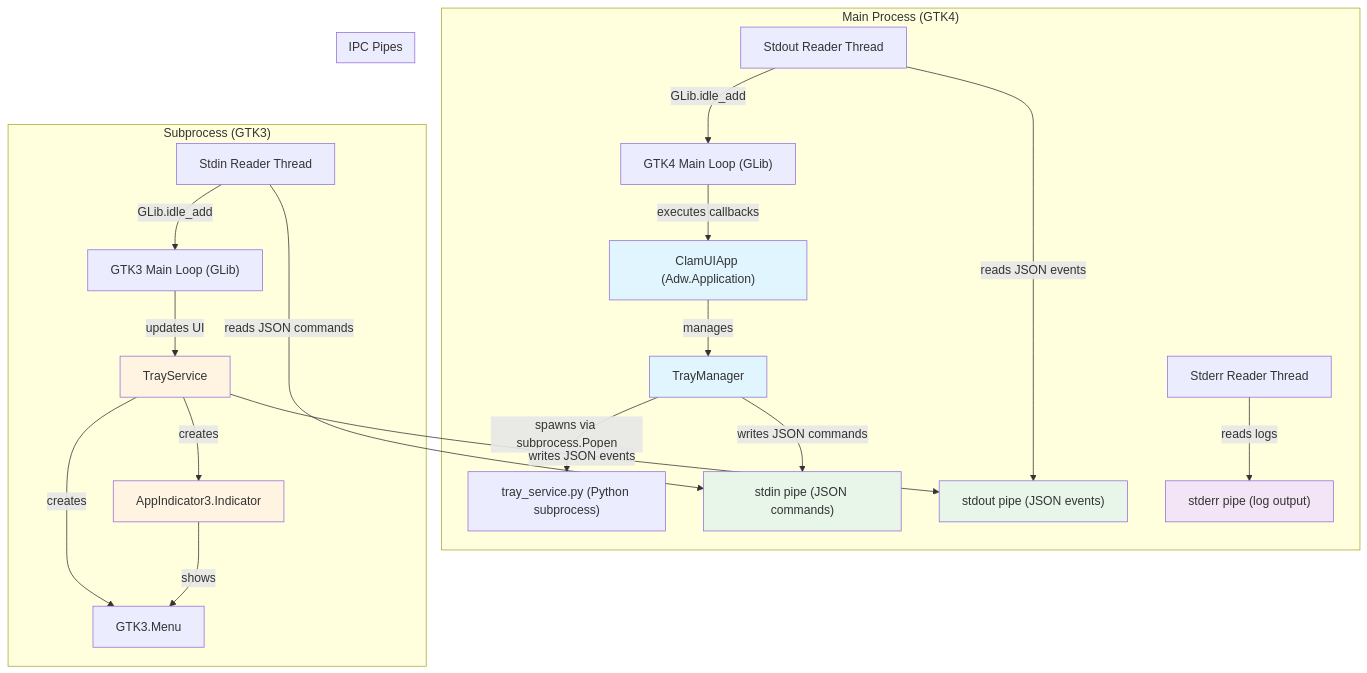
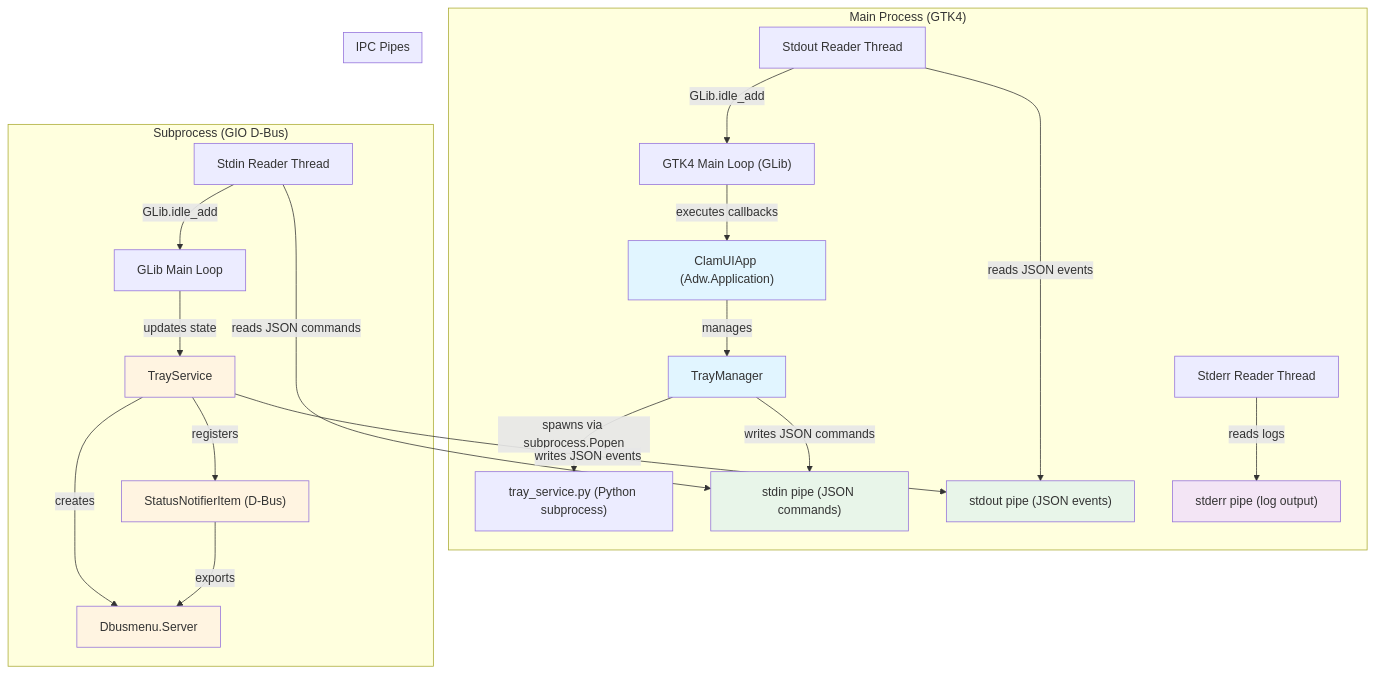
One commit to johnpetersa19/clamui changed the second of 4 diagrams in docs/architecture/tray-subprocess.md. Above: the diagram before and after it, drawn with Mermaid. The commit also changed other lines of this file and 3 other files, not shown here.

First line of the commit message:
Update Flatpak build to use libdbusmenu (GLib) for system tray integration

````diff
--- a/docs/architecture/tray-subprocess.md
+++ b/docs/architecture/tray-subprocess.md
@@ -61,50 +63,51 @@
 ```mermaid
 graph TB
     subgraph MainProc["Main Process (GTK4)"]
         App["ClamUIApp (Adw.Application)"]
         TrayMgr["TrayManager"]
         StdoutReader["Stdout Reader Thread"]
         StderrReader["Stderr Reader Thread"]
         MainLoop["GTK4 Main Loop (GLib)"]
 
         App -->|manages| TrayMgr
         TrayMgr -->|spawns via subprocess.Popen| Subprocess
         TrayMgr -->|writes JSON commands| StdinPipe
         StdoutReader -->|reads JSON events| StdoutPipe
         StderrReader -->|reads logs| StderrPipe
         StdoutReader -->|GLib.idle_add| MainLoop
         MainLoop -->|executes callbacks| App
     end
 
-    subgraph SubProc["Subprocess (GTK3)"]
+    subgraph SubProc["Subprocess (GIO D-Bus)"]
         TrayService["TrayService"]
-        Indicator["AppIndicator3.Indicator"]
-        Menu["GTK3.Menu"]
+        SNI["StatusNotifierItem (D-Bus)"]
+        DBusMenu["Dbusmenu.Server"]
         StdinReader["Stdin Reader Thread"]
-        GTK3Loop["GTK3 Main Loop (GLib)"]
+        GLibLoop["GLib Main Loop"]
 
-        TrayService -->|creates| Indicator
-        TrayService -->|creates| Menu
-        Indicator -->|shows| Menu
+        TrayService -->|registers| SNI
+        TrayService -->|creates| DBusMenu
+        SNI -->|exports| DBusMenu
         StdinReader -->|reads JSON commands| StdinPipe
-        StdinReader -->|GLib.idle_add| GTK3Loop
-        GTK3Loop -->|updates UI| TrayService
+        StdinReader -->|GLib.idle_add| GLibLoop
+        GLibLoop -->|updates state| TrayService
         TrayService -->|writes JSON events| StdoutPipe
     end
 
     subgraph IPCPipes["IPC Pipes"]
         StdinPipe["stdin pipe (JSON commands)"]
         StdoutPipe["stdout pipe (JSON events)"]
         StderrPipe["stderr pipe (log output)"]
     end
 
     Subprocess["tray_service.py (Python subprocess)"]
 
     style App fill:#e1f5ff
     style TrayMgr fill:#e1f5ff
     style TrayService fill:#fff4e1
-    style Indicator fill:#fff4e1
+    style SNI fill:#fff4e1
+    style DBusMenu fill:#fff4e1
     style StdinPipe fill:#e8f5e9
     style StdoutPipe fill:#e8f5e9
     style StderrPipe fill:#f3e5f5
 ```
````
